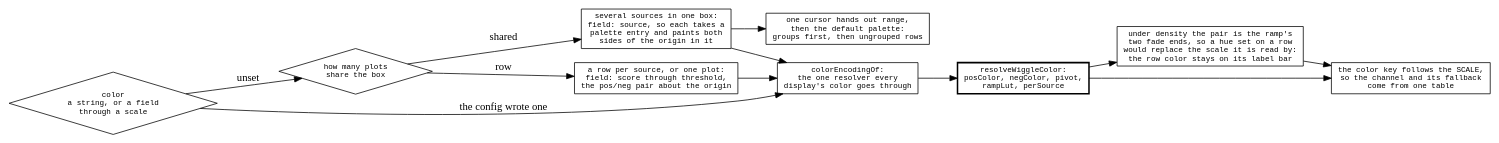
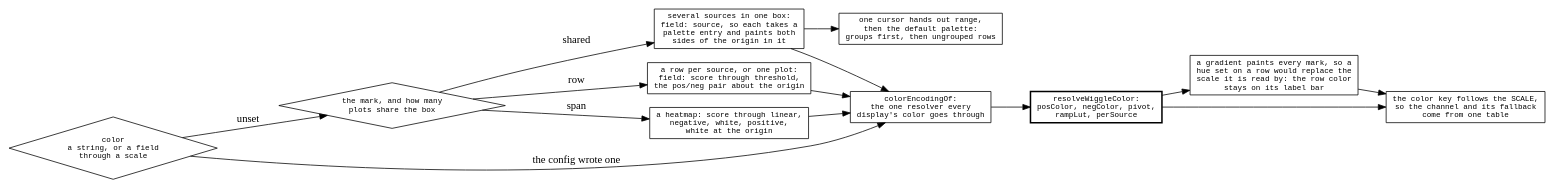
Before and after one commit to GMOD/jbrowse-components: the diagram in agent-docs/reference/diagrams/wiggle-color.dot, drawn with Graphviz. The commit also changed 70 other files, not shown here.

```diff
--- a/agent-docs/reference/diagrams/wiggle-color.dot
+++ b/agent-docs/reference/diagrams/wiggle-color.dot
@@ -1,31 +1,33 @@
 digraph wiggle_color {
   rankdir=LR
   node [shape=box fontname=monospace fontsize=10]
   { node [shape=diamond] declared; layout }
 
   declared [label="color\na string, or a field\nthrough a scale"]
   declared -> encoding [label=" the config wrote one"]
   declared -> layout   [label=" unset"]
 
-  layout [label="how many plots\nshare the box"]
+  layout [label="the mark, and how many\nplots share the box"]
   layout -> shared [label=" shared"]
   layout -> row    [label=" row"]
+  layout -> heat   [label=" span"]
 
   shared [label="several sources in one box:\nfield: source, so each takes a\npalette entry and paints both\nsides of the origin in it"]
   row    [label="a row per source, or one plot:\nfield: score through threshold,\nthe pos/neg pair about the origin"]
+  heat   [label="a heatmap: score through linear,\nnegative, white, positive,\nwhite at the origin"]
 
   encoding [label="colorEncodingOf:\nthe one resolver every\ndisplay's color goes through"]
-  shared -> encoding  row -> encoding
+  shared -> encoding  row -> encoding  heat -> encoding
 
   resolved [label="resolveWiggleColor:\nposColor, negColor, pivot,\nrampLut, perSource", style=bold]
   encoding -> resolved
 
-  density [label="under density the pair is the ramp's\ntwo fade ends, so a hue set on a row\nwould replace the scale it is read by:\nthe row color stays on its label bar"]
+  density [label="a gradient paints every mark, so a\nhue set on a row would replace the\nscale it is read by: the row color\nstays on its label bar"]
   resolved -> density
 
   legend [label="the color key follows the SCALE,\nso the channel and its fallback\ncome from one table"]
   resolved -> legend  density -> legend
 
   palette [label="one cursor hands out range,\nthen the default palette:\ngroups first, then ungrouped rows"]
   shared -> palette
 }
```
